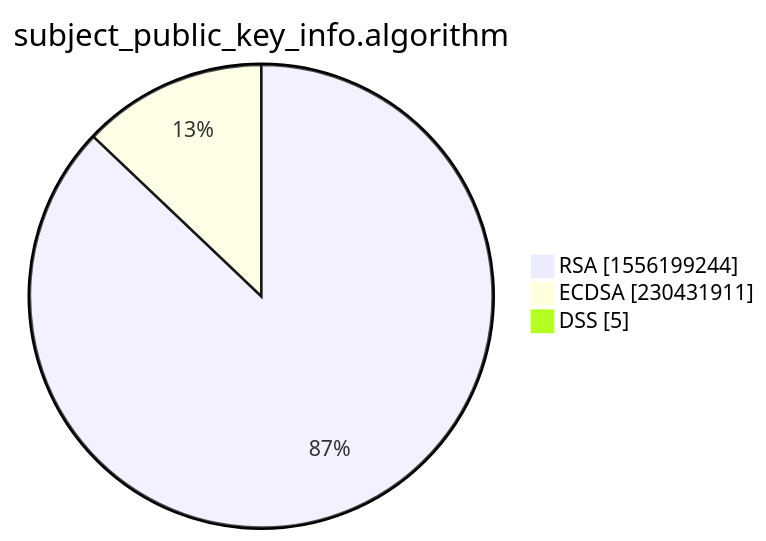
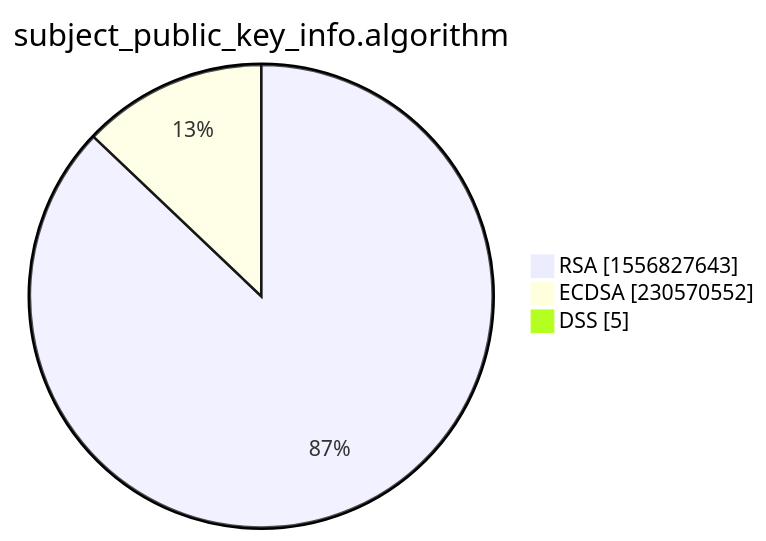
Before and after one commit to christiankrug/ctmonitor_visualization: the third of 15 diagrams in xenon2022/README.md, drawn with Mermaid. The commit also changed other lines of this file, not shown here.

````diff
--- a/xenon2022/README.md
+++ b/xenon2022/README.md
@@ -14,7 +14,7 @@
 ```mermaid
 pie showData
 title subject_public_key_info.algorithm
-"RSA" :1556199244
-"ECDSA" :230431911
+"RSA" :1556827643
+"ECDSA" :230570552
 "DSS" :5
 ```
````
